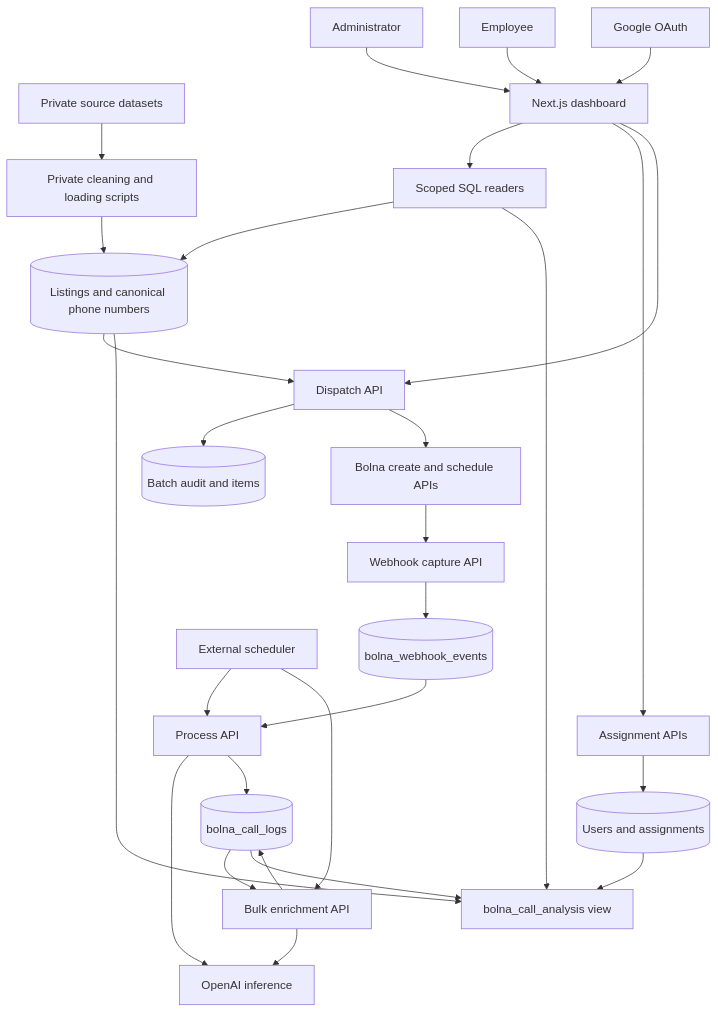
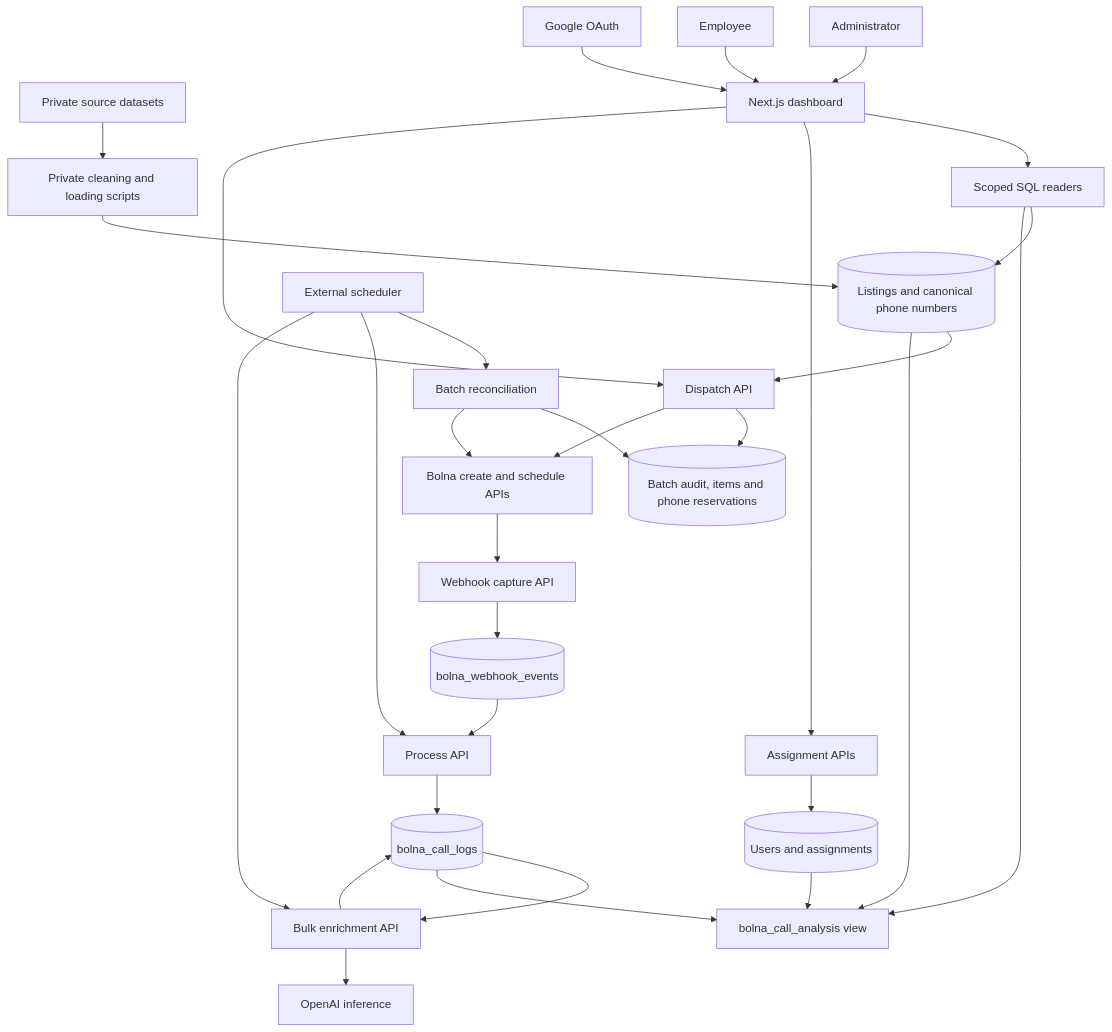
The first of 2 diagrams in README.md (WareOnGo/ai-calling-wareongo), drawn with Mermaid before and after one commit. The commit also changed other lines of this file and 82 other files, not shown here.

````diff
--- a/README.md
+++ b/README.md
@@ -44,30 +44,32 @@
 ```mermaid
 flowchart TD
     Sources[Private source datasets] --> Clean[Private cleaning and loading scripts]
     Clean --> Listings[(Listings and canonical phone numbers)]
     Admin[Administrator] --> Dashboard[Next.js dashboard]
     Employee[Employee] --> Dashboard
     Google[Google OAuth] --> Dashboard
     Dashboard --> Readers[Scoped SQL readers]
     Readers --> Listings
     Readers --> Analysis[bolna_call_analysis view]
     Dashboard --> Assign[Assignment APIs]
     Assign --> Work[(Users and assignments)]
     Work --> Analysis
     Dashboard --> Dispatch[Dispatch API]
     Listings --> Dispatch
-    Dispatch --> Batches[(Batch audit and items)]
+    Dispatch --> Batches[(Batch audit, items and phone reservations)]
+    Scheduler --> Reconcile[Batch reconciliation]
+    Reconcile --> Batches
+    Reconcile --> Bolna
     Dispatch --> Bolna[Bolna create and schedule APIs]
     Bolna --> Capture[Webhook capture API]
     Capture --> Events[(bolna_webhook_events)]
     Scheduler[External scheduler] --> Process[Process API]
     Events --> Process
-    Process --> OpenAI[OpenAI inference]
     Process --> Logs[(bolna_call_logs)]
     Scheduler --> Enrich[Bulk enrichment API]
     Logs --> Enrich
-    Enrich --> OpenAI
+    Enrich --> OpenAI[OpenAI inference]
     Enrich --> Logs
     Logs --> Analysis
     Listings --> Analysis
 ```
````
